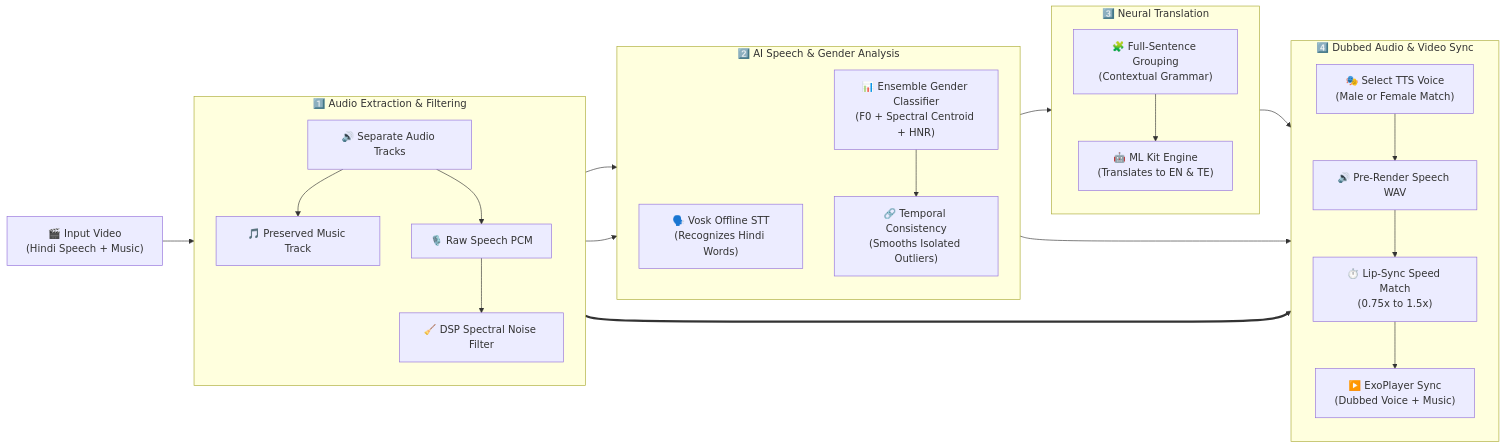
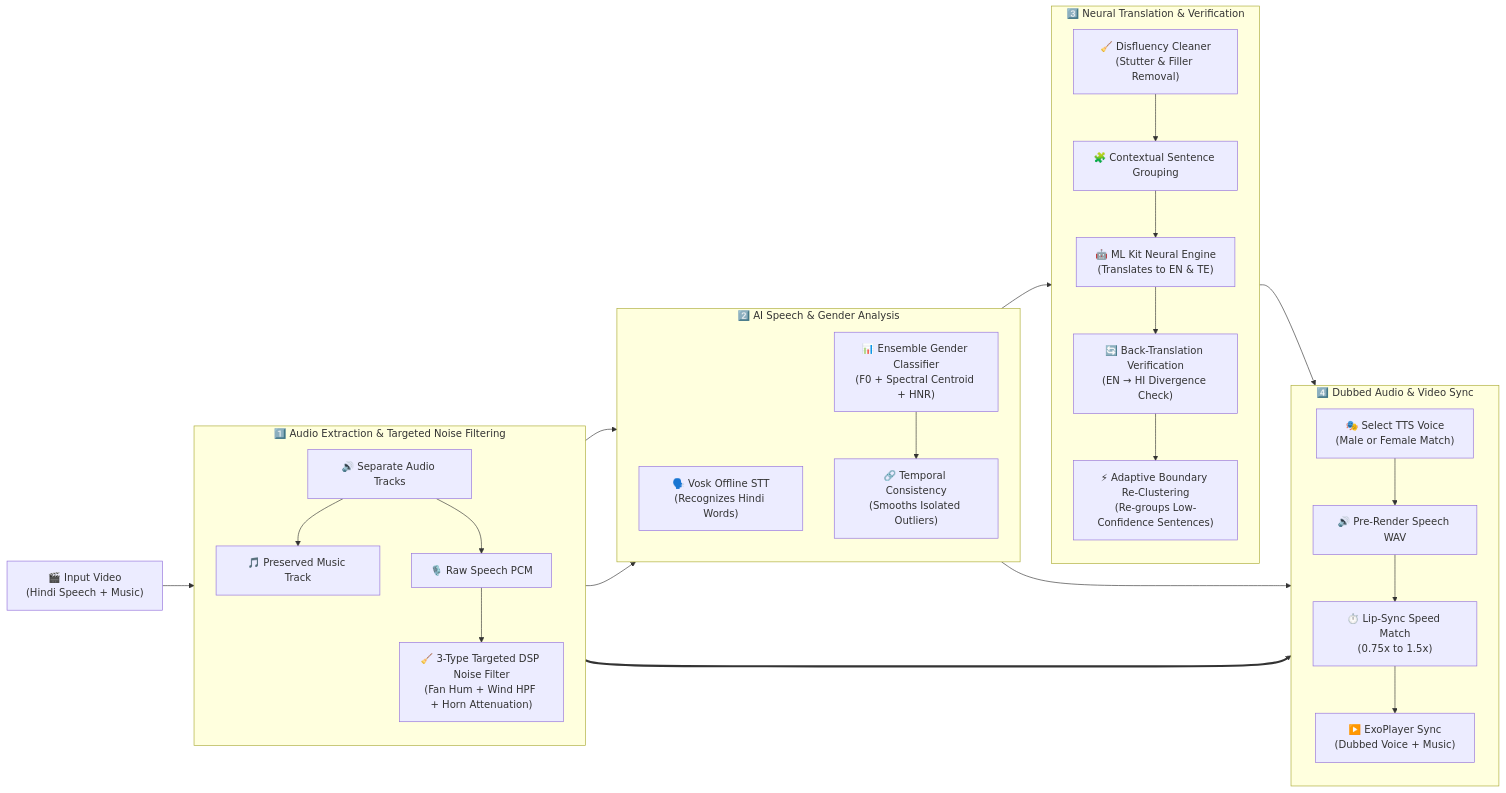
The diagram in README.md (SyedSaad8008/Video-Translator), drawn with Mermaid before and after one commit. The commit also changed other lines of this file and 5 other files, not shown here.

First line of the commit message:
feat: disfluency cleanup + back-translation self-verification + targeted 3-type noise removal

````diff
--- a/README.md
+++ b/README.md
@@ -11,59 +11,65 @@
 ```mermaid
 flowchart LR
     %% Inputs
     VIDEO["🎬 Input Video<br>(Hindi Speech + Music)"]
 
-    %% Phase 1: Audio Processing
-    subgraph P1 ["1️⃣ Audio Extraction & Filtering"]
+    %% Phase 1: Audio Processing & Targeted Noise Removal
+    subgraph P1 ["1️⃣ Audio Extraction & Targeted Noise Filtering"]
         direction TB
         EXTRACT["🔊 Separate Audio Tracks"]
         MUSIC["🎵 Preserved Music Track"]
         SPEECH["🎙️ Raw Speech PCM"]
-        NOISE["🧹 DSP Spectral Noise Filter"]
+        NOISE["🧹 3-Type Targeted DSP Noise Filter<br>(Fan Hum + Wind HPF + Horn Attenuation)"]
 
         EXTRACT --> MUSIC
         EXTRACT --> SPEECH
         SPEECH --> NOISE
     end
 
     %% Phase 2: AI Speech & Multi-Signal Gender Analysis
     subgraph P2 ["2️⃣ AI Speech & Gender Analysis"]
         direction TB
         STT["🗣️ Vosk Offline STT<br>(Recognizes Hindi Words)"]
         PITCH["📊 Ensemble Gender Classifier<br>(F0 + Spectral Centroid + HNR)"]
         SMOOTH["🔗 Temporal Consistency<br>(Smooths Isolated Outliers)"]
 
         PITCH --> SMOOTH
     end
 
-    %% Phase 3: Smart Translation
-    subgraph P3 ["3️⃣ Neural Translation"]
+    %% Phase 3: Smart Translation & Self-Verification
+    subgraph P3 ["3️⃣ Neural Translation & Verification"]
         direction TB
-        CLUSTER["🧩 Full-Sentence Grouping<br>(Contextual Grammar)"]
-        TRANSLATE["🤖 ML Kit Engine<br>(Translates to EN & TE)"]
+        CLEAN["🧹 Disfluency Cleaner<br>(Stutter & Filler Removal)"]
+        CLUSTER["🧩 Contextual Sentence Grouping"]
+        TRANSLATE["🤖 ML Kit Neural Engine<br>(Translates to EN & TE)"]
+        VERIFY["🔄 Back-Translation Verification<br>(EN → HI Divergence Check)"]
+        RECLUSTER["⚡ Adaptive Boundary Re-Clustering<br>(Re-groups Low-Confidence Sentences)"]
 
+        CLEAN --> CLUSTER
         CLUSTER --> TRANSLATE
+        TRANSLATE --> VERIFY
+        VERIFY --> RECLUSTER
     end
 
     %% Phase 4: Voice Synthesis & Video Playback
     subgraph P4 ["4️⃣ Dubbed Audio & Video Sync"]
         direction TB
         VOICE["🎭 Select TTS Voice<br>(Male or Female Match)"]
         TTS["🔊 Pre-Render Speech WAV"]
         SPEED["⏱️ Lip-Sync Speed Match<br>(0.75x to 1.5x)"]
         PLAYBACK["▶️ ExoPlayer Sync<br>(Dubbed Voice + Music)"]
 
         VOICE --> TTS
         TTS --> SPEED
         SPEED --> PLAYBACK
     end
 
     %% Main Pipeline Flow
     VIDEO --> EXTRACT
     NOISE --> STT
     NOISE --> PITCH
     STT --> CLUSTER
     TRANSLATE --> VOICE
     SMOOTH --> VOICE
     MUSIC ==> PLAYBACK
 ```
````
